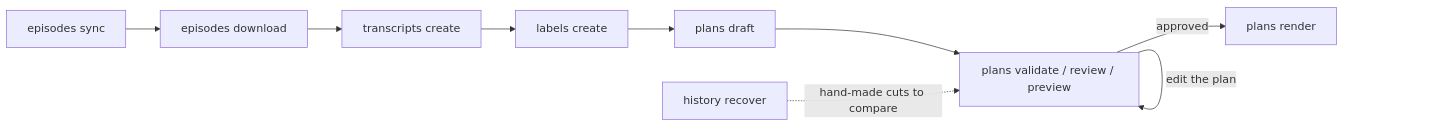
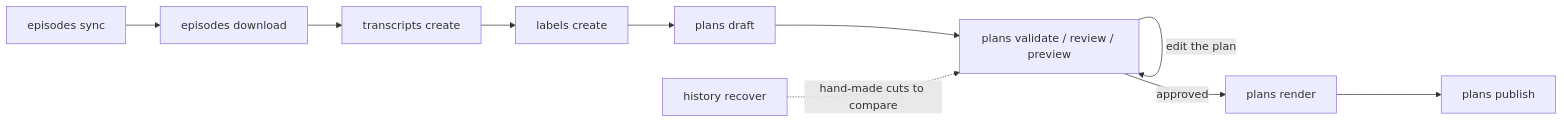
Before and after one commit to markmals/supercut: the diagram in README.md, drawn with Mermaid. The commit also changed other lines of this file and 13 other files, not shown here.

First line of the commit message:
plans: replace render --sideload with a plans publish step

````diff
--- a/README.md
+++ b/README.md
@@ -9,11 +9,12 @@
 ```mermaid
 flowchart LR
     sync["episodes sync"] --> download["episodes download"]
     download --> transcribe["transcripts create"]
     transcribe --> label["labels create"]
     label --> draft["plans draft"]
     draft --> review["plans validate / review / preview"]
     review -- "edit the plan" --> review
     review -- "approved" --> render["plans render"]
+    render --> publish["plans publish"]
     history["history recover"] -. "hand-made cuts to compare" .-> review
 ```
````
